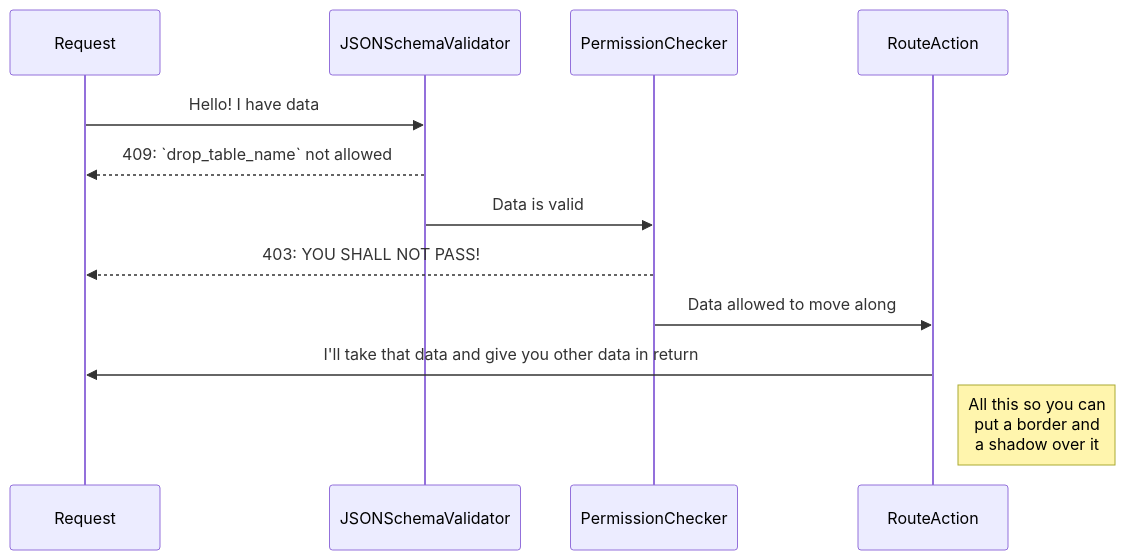
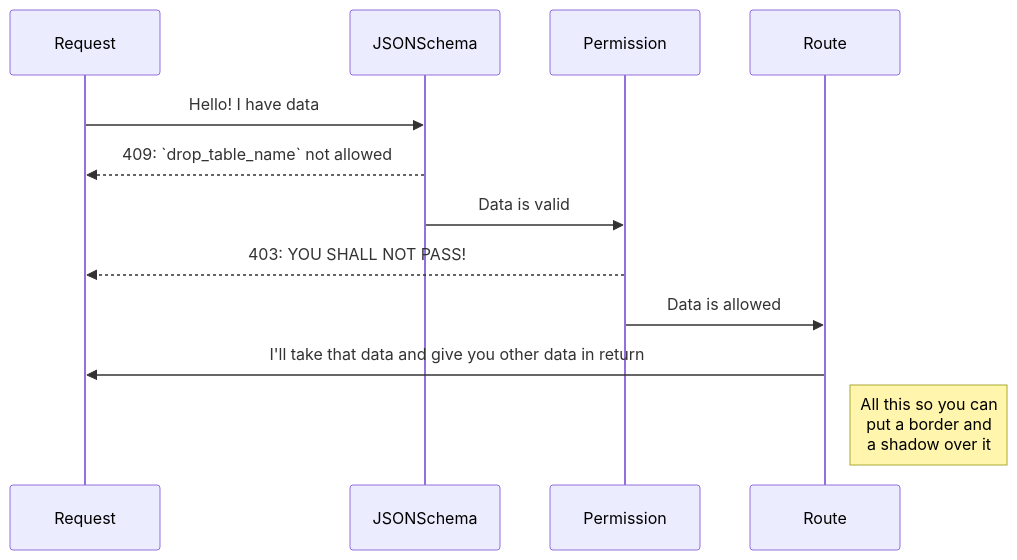
The diagram in docs/req-res-cycle.mmd (asd-xiv/blocks), drawn with Mermaid before and after one commit. The commit also changed 1 other file, not shown here.

Commit message:
Update req-res graph

```diff
--- a/docs/req-res-cycle.mmd
+++ b/docs/req-res-cycle.mmd
@@ -1,13 +1,13 @@
 sequenceDiagram
     participant Request
-    participant JSONSchemaValidator
-    participant PermissionChecker
-    participant RouteAction
+    participant JSONSchema
+    participant Permission
+    participant Route
 
-    Request ->> JSONSchemaValidator: Hello! I have data
-    JSONSchemaValidator -->> Request: 409: `drop_table_name` not allowed
-    JSONSchemaValidator ->> PermissionChecker: Data is valid
-    PermissionChecker -->> Request: 403: YOU SHALL NOT PASS!
-    PermissionChecker ->> RouteAction: Data allowed to move along
-    RouteAction ->> Request: I'll take that data and give you other data in return
-    Note right of RouteAction: All this so you can <br/> put a border and <br/> a shadow over it
+    Request ->> JSONSchema: Hello! I have data
+    JSONSchema -->> Request: 409: `drop_table_name` not allowed
+    JSONSchema ->> Permission: Data is valid
+    Permission -->> Request: 403: YOU SHALL NOT PASS!
+    Permission ->> Route: Data is allowed
+    Route ->> Request: I'll take that data and give you other data in return
+    Note right of Route: All this so you can <br/> put a border and <br/> a shadow over it
```
